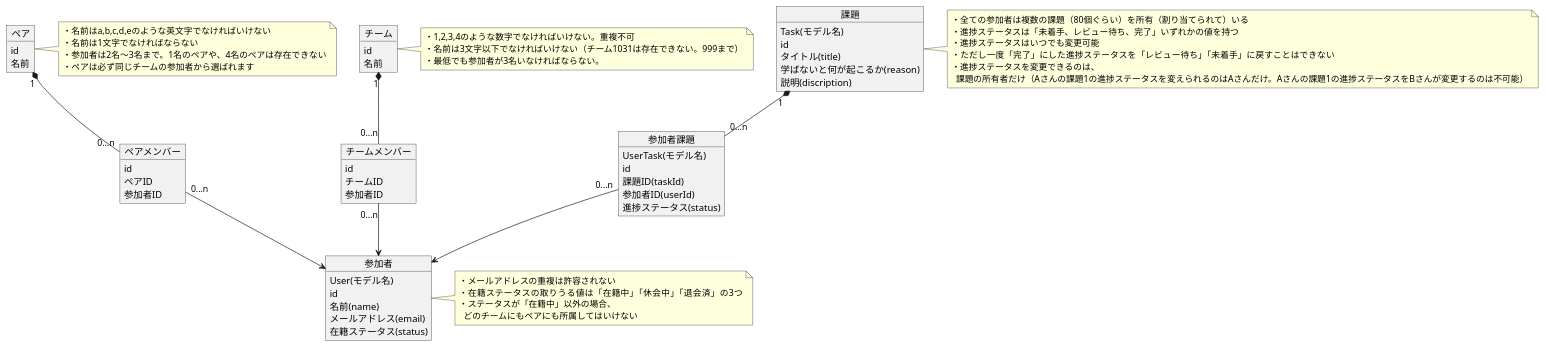
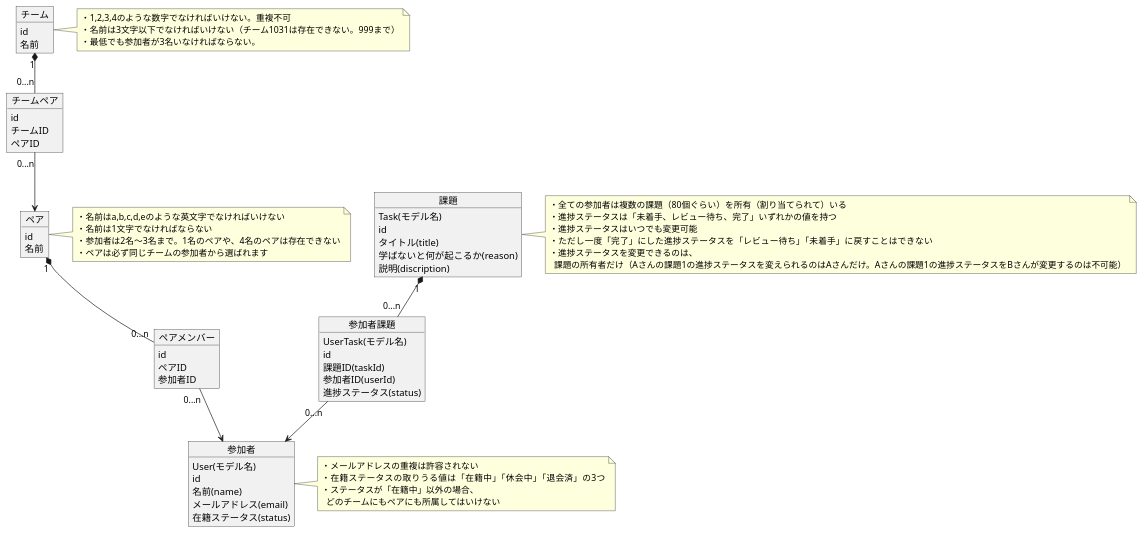
The diagram in modeling/model.md (kai815/praha-challenge-extra-large-task), drawn with PlantUML before and after one commit.

Commit message:
モデルの修正

```diff
--- a/modeling/model.md
+++ b/modeling/model.md
@@ -47,14 +47,14 @@
 ・最低でも参加者が3名いなければならない。
 end note
 
-object チームメンバー {
+object チームペア {
   id
   チームID
-  参加者ID
+  ペアID
 }
 
-チーム "1" *-- "0...n" チームメンバー
-チームメンバー "0...n" --> 参加者
+チーム "1" *-- "0...n" チームペア
+チームペア "0...n" --> ペア
 
 
 object 課題 {
```
